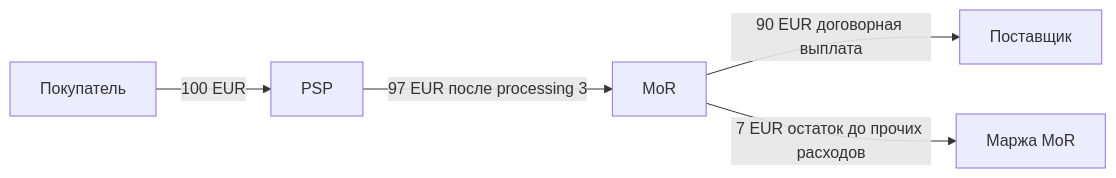
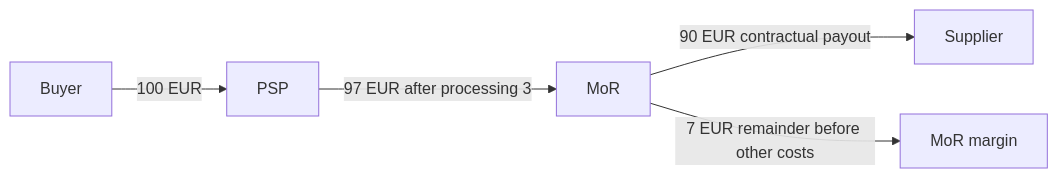
Before and after one commit to nuanu-ai/fintech-textbook-2026: the eighth of 11 diagrams in Textbook/01-Market-rules-and-licensing/README.md, drawn with Mermaid. The commit also changed other lines of this file and 78 other files, not shown here.

````diff
--- a/Textbook/01-Market-rules-and-licensing/README.md
+++ b/Textbook/01-Market-rules-and-licensing/README.md
@@ -191,7 +191,7 @@
 ```mermaid
 flowchart LR
- B[Покупатель] -->|100 EUR| AC[PSP]
- AC -->|97 EUR после processing 3| MOR[MoR]
- MOR -->|90 EUR договорная выплата| SUP[Поставщик]
- MOR -->|7 EUR остаток до прочих расходов| MG[Маржа MoR]
+ B[Buyer] -->|100 EUR| AC[PSP]
+ AC -->|97 EUR after processing 3| MOR[MoR]
+ MOR -->|90 EUR contractual payout| SUP[Supplier]
+ MOR -->|7 EUR remainder before other costs| MG[MoR margin]
 ```
````
